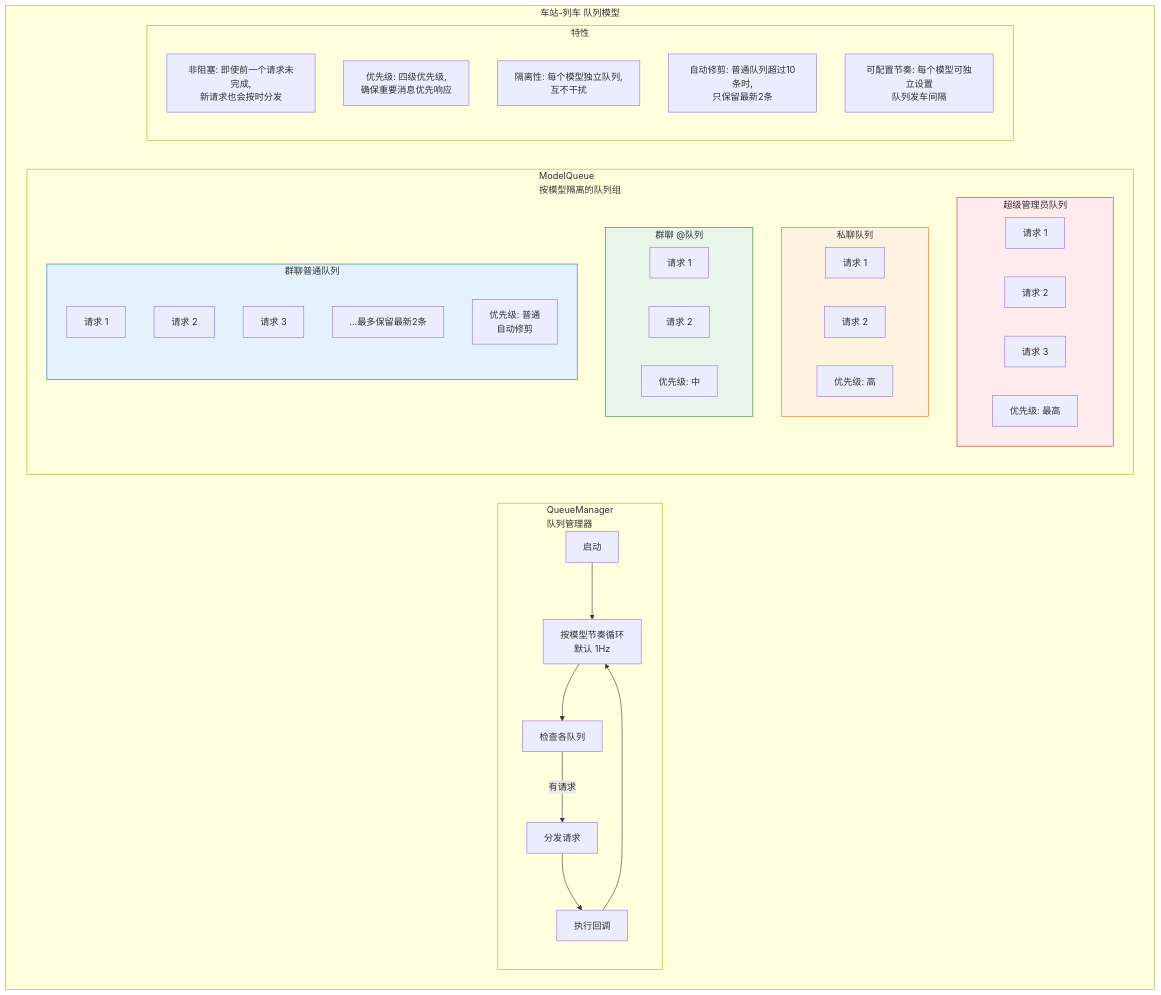
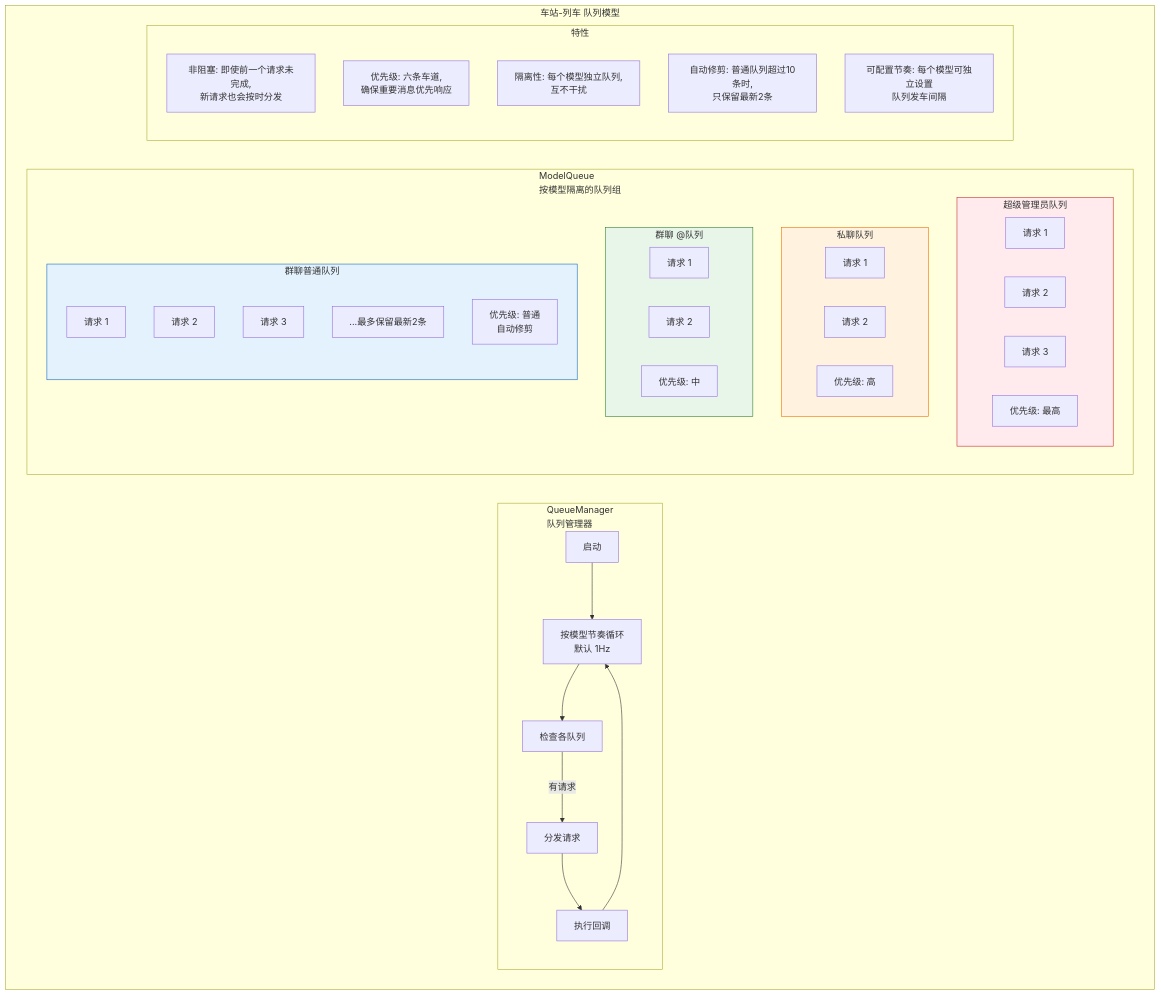
One commit to 69gg/Undefined changed the fifth of 8 diagrams in ARCHITECTURE.md. Above: the diagram before and after it, drawn with Mermaid. The commit also changed other lines of this file and 115 other files, not shown here.

````diff
--- a/ARCHITECTURE.md
+++ b/ARCHITECTURE.md
@@ -615,64 +615,64 @@
 ```mermaid
 graph TB
     subgraph QueueModel["车站-列车 队列模型"]
         subgraph QueueManager["QueueManager<br/>队列管理器"]
             direction TB
             Start["启动"]
             Loop["按模型节奏循环<br/>默认 1Hz"]
             Check["检查各队列"]
             Dispatch["分发请求"]
             Exec["执行回调"]
             
             Start --> Loop
             Loop --> Check
             Check -->|"有请求"| Dispatch
             Dispatch --> Exec
             Exec --> Loop
         end
         
         subgraph ModelQueues["ModelQueue<br/>按模型隔离的队列组"]
             direction TB
             
             subgraph AdminQueue["超级管理员队列"]
                 QA1["请求 1"]
                 QA2["请求 2"]
                 QA3["请求 3"]
                 PriorityA["优先级: 最高"]
             end
             
             subgraph PrivateQueue["私聊队列"]
                 QP1["请求 1"]
                 QP2["请求 2"]
                 PriorityP["优先级: 高"]
             end
             
             subgraph MentionQueue["群聊 @队列"]
                 QM1["请求 1"]
                 QM2["请求 2"]
                 PriorityM["优先级: 中"]
             end
             
             subgraph NormalQueue["群聊普通队列"]
                 QN1["请求 1"]
                 QN2["请求 2"]
                 QN3["请求 3"]
                 QN_N["...最多保留最新2条"]
                 PriorityN["优先级: 普通<br/>自动修剪"]
             end
         end
         
         subgraph Features["特性"]
             F1["非阻塞: 即使前一个请求未完成,<br/>新请求也会按时分发"]
-            F2["优先级: 四级优先级,<br/>确保重要消息优先响应"]
+            F2["优先级: 六条车道,<br/>确保重要消息优先响应"]
             F3["隔离性: 每个模型独立队列,<br/>互不干扰"]
             F4["自动修剪: 普通队列超过10条时,<br/>只保留最新2条"]
             F5["可配置节奏: 每个模型可独立设置<br/>队列发车间隔"]
         end
     end
     
     %% 样式
     style AdminQueue fill:#ffebee,stroke:#c62828
     style PrivateQueue fill:#fff3e0,stroke:#ef6c00
     style MentionQueue fill:#e8f5e9,stroke:#2e7d32
     style NormalQueue fill:#e3f2fd,stroke:#1565c0
 ```
````
